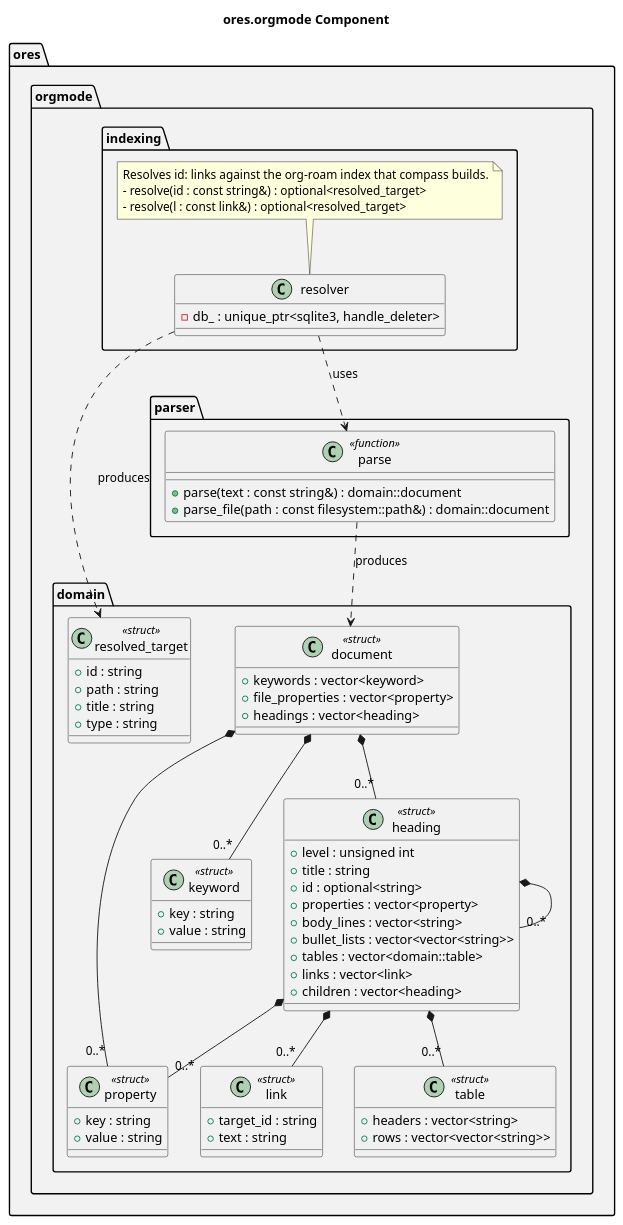
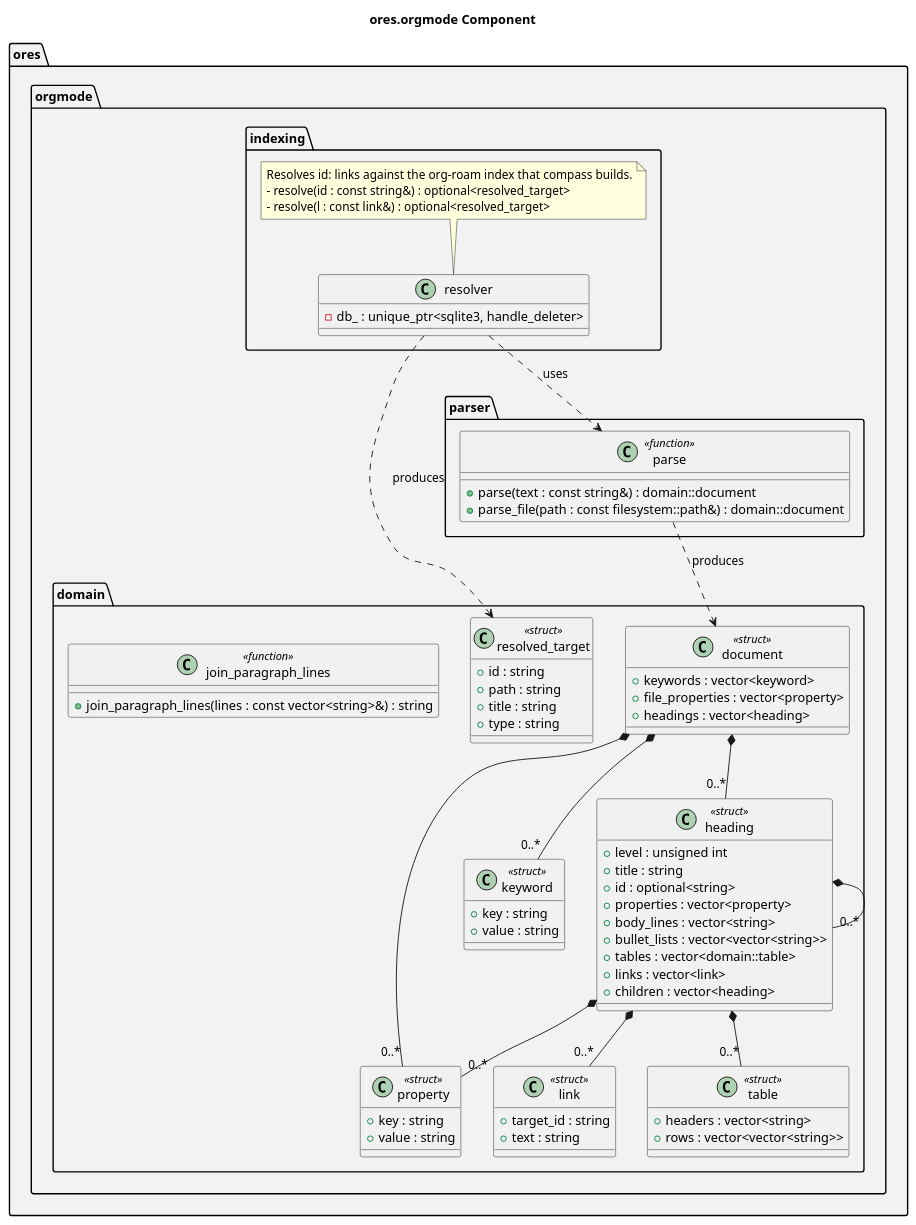
Before and after one commit to OreStudio/OreStudio: the diagram in projects/ores.orgmode/modeling/ores.orgmode.puml, drawn with PlantUML. The commit also changed 3 other files, not shown here.

First line of the commit message:
[orgmode] Correct the record and complete the diagram

```diff
--- a/projects/ores.orgmode/modeling/ores.orgmode.puml
+++ b/projects/ores.orgmode/modeling/ores.orgmode.puml
@@ -18,83 +18,86 @@
 @startuml
 
 title ores.orgmode Component
 
 set namespaceSeparator ::
 
 namespace ores #F2F2F2 {
     namespace orgmode #F2F2F2 {
         namespace domain #F2F2F2 {
             class document <<struct>> {
                 +keywords : vector<keyword>
                 +file_properties : vector<property>
                 +headings : vector<heading>
             }
             class heading <<struct>> {
                 +level : unsigned int
                 +title : string
                 +id : optional<string>
                 +properties : vector<property>
                 +body_lines : vector<string>
                 +bullet_lists : vector<vector<string>>
                 +tables : vector<domain::table>
                 +links : vector<link>
                 +children : vector<heading>
             }
             class keyword <<struct>> {
                 +key : string
                 +value : string
             }
             class link <<struct>> {
                 +target_id : string
                 +text : string
             }
             class property <<struct>> {
                 +key : string
                 +value : string
             }
             class resolved_target <<struct>> {
                 +id : string
                 +path : string
                 +title : string
                 +type : string
             }
             class table <<struct>> {
                 +headers : vector<string>
                 +rows : vector<vector<string>>
             }
+            class join_paragraph_lines <<function>> {
+                +join_paragraph_lines(lines : const vector<string>&) : string
+            }
             document *-- "0..*" heading
             document *-- "0..*" keyword
             document *-- "0..*" property
             heading *-- "0..*" heading
             heading *-- "0..*" property
             heading *-- "0..*" link
             heading *-- "0..*" table
         }
         namespace parser #F2F2F2 {
             class parse <<function>> {
                 +parse(text : const string&) : domain::document
                 +parse_file(path : const filesystem::path&) : domain::document
             }
             parse ..> ores::orgmode::domain::document : produces
         }
         namespace indexing #F2F2F2 {
             class resolver {
                 -db_ : unique_ptr<sqlite3, handle_deleter>
             }
             note top of resolver
             Resolves id: links against the org-roam index that compass builds.
             - resolve(id : const string&) : optional<resolved_target>
             - resolve(l : const link&) : optional<resolved_target>
             end note
             resolver ..> ores::orgmode::parser::parse : uses
             resolver ..> ores::orgmode::domain::resolved_target : produces
         }
     }
 }
 
 ' --- manual: everything below this line is hand-authored; the script preserves it ---
 
 ' Local Variables:
 ' compile-command: "java -Djava.awt.headless=true -DPLANTUML_SECURITY_PROFILE=UNSECURE -DPLANTUML_LIMIT_SIZE=65535 -jar /usr/share/plantuml/plantuml.jar ores.orgmode.puml"
 ' End:
 @enduml
```
